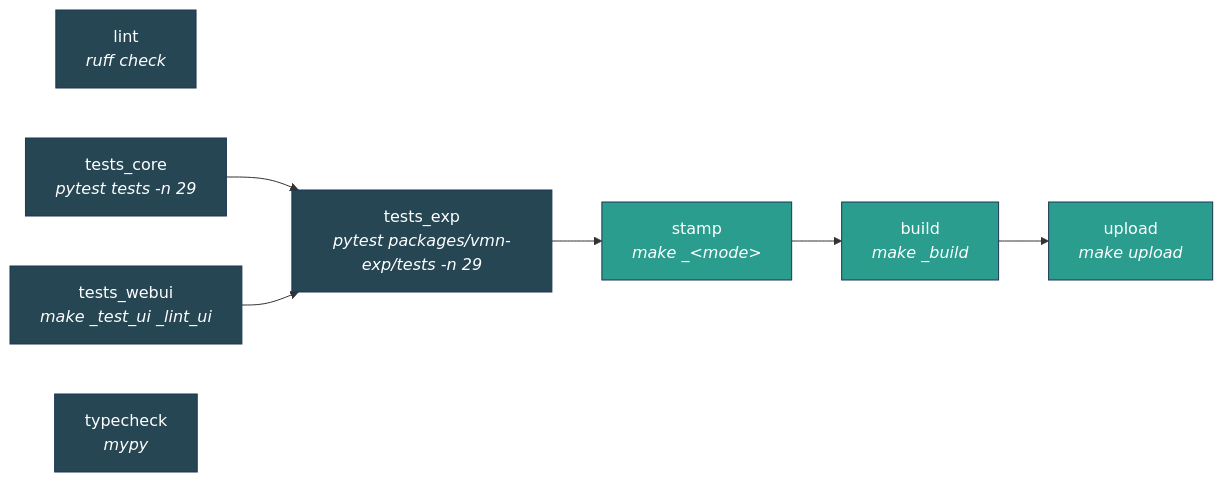
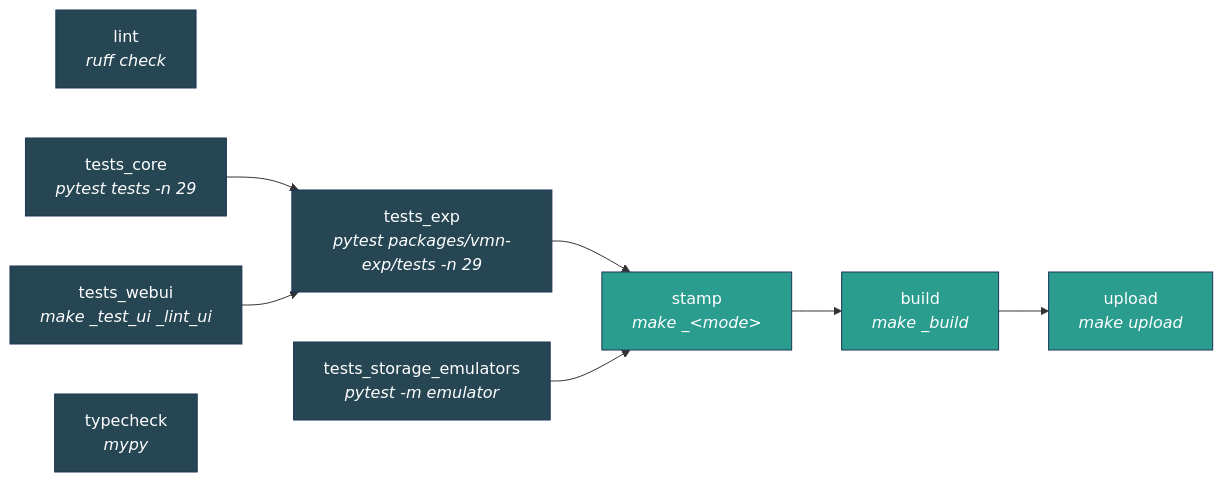
One commit to progovoy/vmn changed the second of 2 diagrams in ci/README.md. Above: the diagram before and after it, drawn with Mermaid. The commit also changed other lines of this file and 5 other files, not shown here.

````diff
--- a/ci/README.md
+++ b/ci/README.md
@@ -44,22 +44,25 @@
 ```mermaid
 graph LR
     lint["lint<br/><i>ruff check</i>"]
     tests_core["tests_core<br/><i>pytest tests -n 29</i>"]
     tests_exp["tests_exp<br/><i>pytest packages/vmn-exp/tests -n 29</i>"]
     tests_webui["tests_webui<br/><i>make _test_ui _lint_ui</i>"]
+    tests_storage_emulators["tests_storage_emulators<br/><i>pytest -m emulator</i>"]
     typecheck["typecheck<br/><i>mypy</i>"]
     tests_core --> tests_exp
     tests_webui --> tests_exp
     tests_exp --> stamp["stamp<br/><i>make _&lt;mode&gt;</i>"]
+    tests_storage_emulators --> stamp
     stamp --> build["build<br/><i>make _build</i>"]
     build --> upload["upload<br/><i>make upload</i>"]
 
     style lint fill:#264653,stroke:#1d3557,color:#fff
     style tests_core fill:#264653,stroke:#1d3557,color:#fff
     style tests_exp fill:#264653,stroke:#1d3557,color:#fff
     style tests_webui fill:#264653,stroke:#1d3557,color:#fff
+    style tests_storage_emulators fill:#264653,stroke:#1d3557,color:#fff
     style typecheck fill:#264653,stroke:#1d3557,color:#fff
     style stamp fill:#2a9d8f,stroke:#1d3557,color:#fff
     style build fill:#2a9d8f,stroke:#1d3557,color:#fff
     style upload fill:#2a9d8f,stroke:#1d3557,color:#fff
 ```
````
